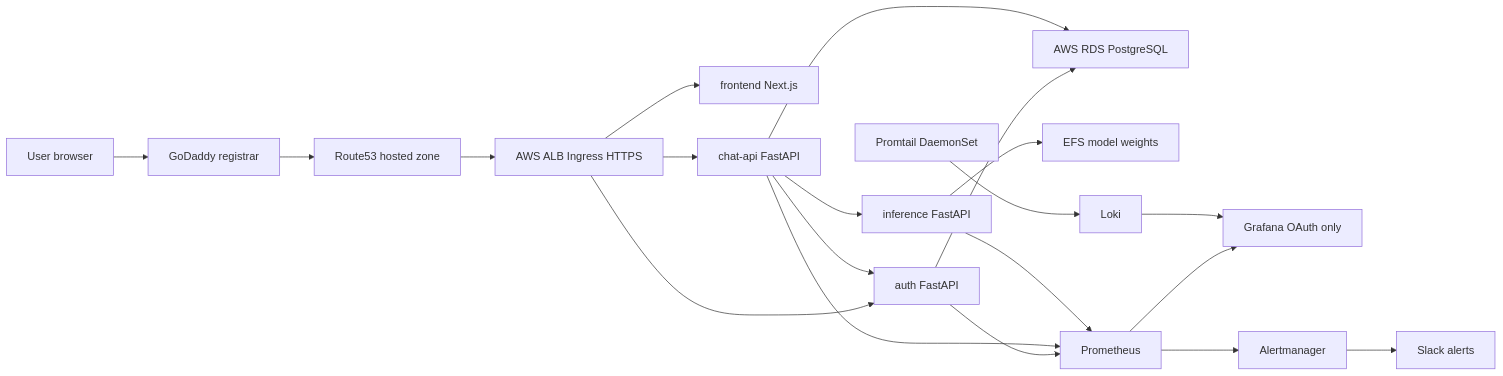
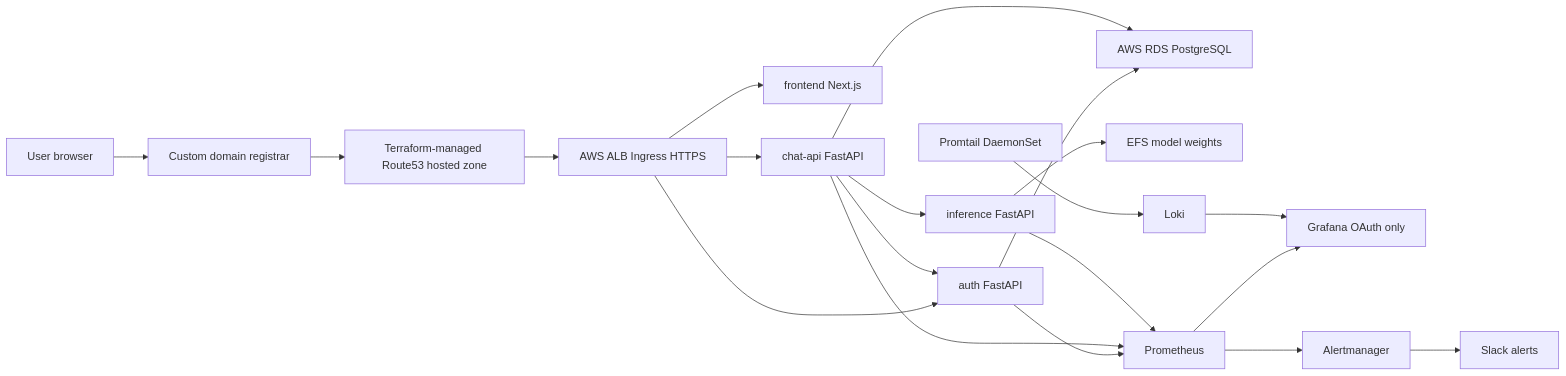
One commit to manmohan659/nanochat changed the diagram in docs/eks-architecture-defense.md. Above: the diagram before and after it, drawn with Mermaid. The commit also changed other lines of this file and 52 other files, not shown here.

````diff
--- a/docs/eks-architecture-defense.md
+++ b/docs/eks-architecture-defense.md
@@ -9,22 +9,22 @@
 ```mermaid
 flowchart LR
-  user["User browser"] --> godaddy["GoDaddy registrar"]
-  godaddy --> route53["Route53 hosted zone"]
+  user["User browser"] --> registrar["Custom domain registrar"]
+  registrar --> route53["Terraform-managed Route53 hosted zone"]
   route53 --> alb["AWS ALB Ingress HTTPS"]
   alb --> frontend["frontend Next.js"]
   alb --> auth["auth FastAPI"]
   alb --> chat["chat-api FastAPI"]
   chat --> auth
   chat --> inference["inference FastAPI"]
   auth --> rds["AWS RDS PostgreSQL"]
   chat --> rds
   inference --> efs["EFS model weights"]
   promtail["Promtail DaemonSet"] --> loki["Loki"]
   auth --> prom["Prometheus"]
   chat --> prom
   inference --> prom
   prom --> grafana["Grafana OAuth only"]
   loki --> grafana
   prom --> alertmanager["Alertmanager"]
   alertmanager --> slack["Slack alerts"]
 ```
````
